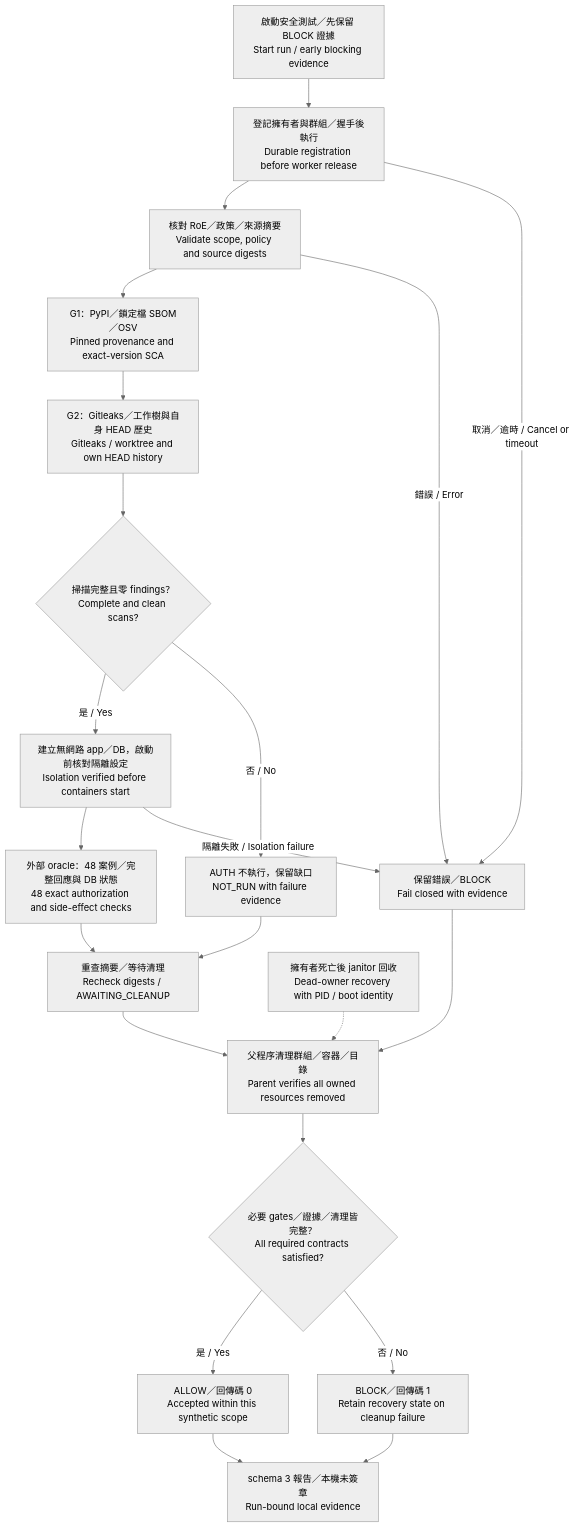
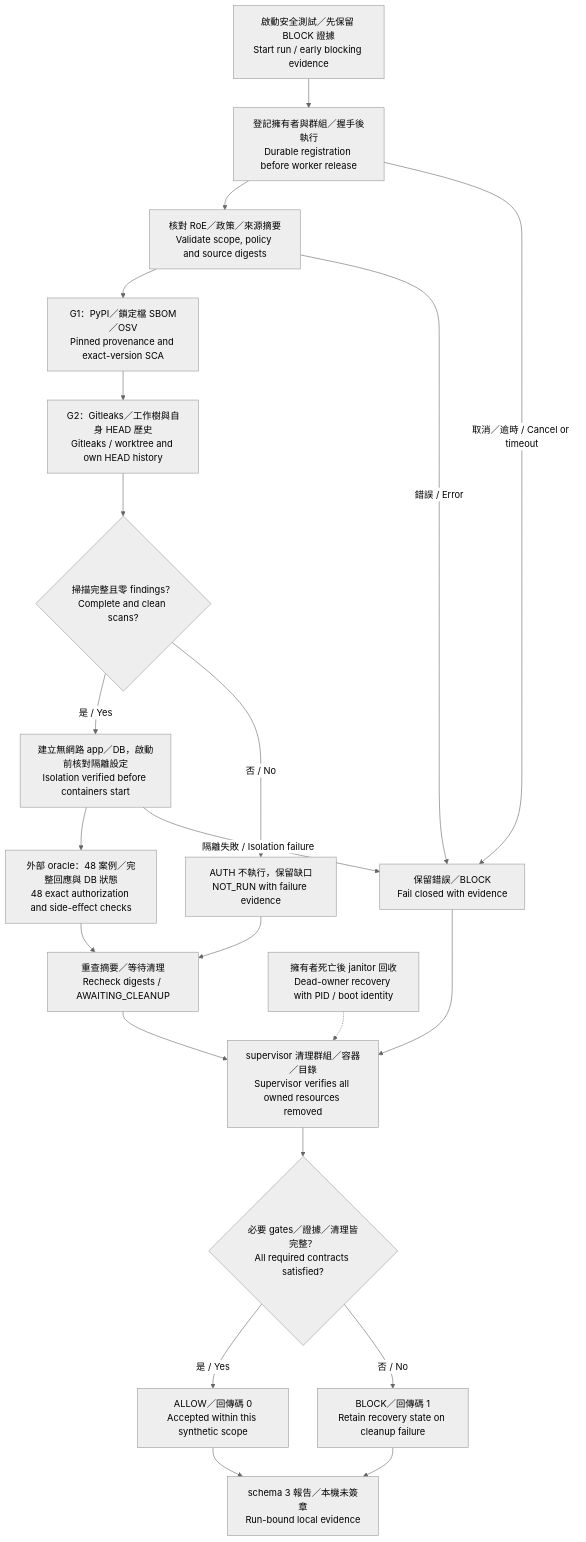
Before and after one commit to chinchiang/MultiAgentEpsilon: the diagram in docs/diagrams/security-flow.mmd, drawn with Mermaid (neutral theme). The commit also changed 12 other files, not shown here.

```diff
--- a/docs/diagrams/security-flow.mmd
+++ b/docs/diagrams/security-flow.mmd
@@ -1,22 +1,22 @@
 flowchart TB
     Start["啟動安全測試／先保留 BLOCK 證據<br/>Start run / early blocking evidence"] --> Parent["登記擁有者與群組／握手後執行<br/>Durable registration before worker release"]
     Parent --> Config["核對 RoE／政策／來源摘要<br/>Validate scope, policy and source digests"]
     Config --> G1["G1：PyPI／鎖定檔 SBOM／OSV<br/>Pinned provenance and exact-version SCA"]
     G1 --> G2["G2：Gitleaks／工作樹與自身 HEAD 歷史<br/>Gitleaks / worktree and own HEAD history"]
     G2 --> Ready{"掃描完整且零 findings？<br/>Complete and clean scans?"}
     Ready -->|"是 / Yes"| Runtime["建立無網路 app／DB，啟動前核對隔離設定<br/>Isolation verified before containers start"]
     Ready -->|"否 / No"| Skip["AUTH 不執行，保留缺口<br/>NOT_RUN with failure evidence"]
     Runtime --> Auth["外部 oracle：48 案例／完整回應與 DB 狀態<br/>48 exact authorization and side-effect checks"]
     Auth --> Pending["重查摘要／等待清理<br/>Recheck digests / AWAITING_CLEANUP"]
     Skip --> Pending
     Config -->|"錯誤 / Error"| Error["保留錯誤／BLOCK<br/>Fail closed with evidence"]
     Runtime -->|"隔離失敗 / Isolation failure"| Error
     Parent -->|"取消／逾時 / Cancel or timeout"| Error
-    Pending --> Cleanup["父程序清理群組／容器／目錄<br/>Parent verifies all owned resources removed"]
+    Pending --> Cleanup["supervisor 清理群組／容器／目錄<br/>Supervisor verifies all owned resources removed"]
     Error --> Cleanup
     Recovery["擁有者死亡後 janitor 回收<br/>Dead-owner recovery with PID / boot identity"] -.-> Cleanup
     Cleanup --> Eligible{"必要 gates／證據／清理皆完整？<br/>All required contracts satisfied?"}
     Eligible -->|"是 / Yes"| Allow["ALLOW／回傳碼 0<br/>Accepted within this synthetic scope"]
     Eligible -->|"否 / No"| Block["BLOCK／回傳碼 1<br/>Retain recovery state on cleanup failure"]
     Allow --> Report["schema 3 報告／本機未簽章<br/>Run-bound local evidence"]
     Block --> Report
```
